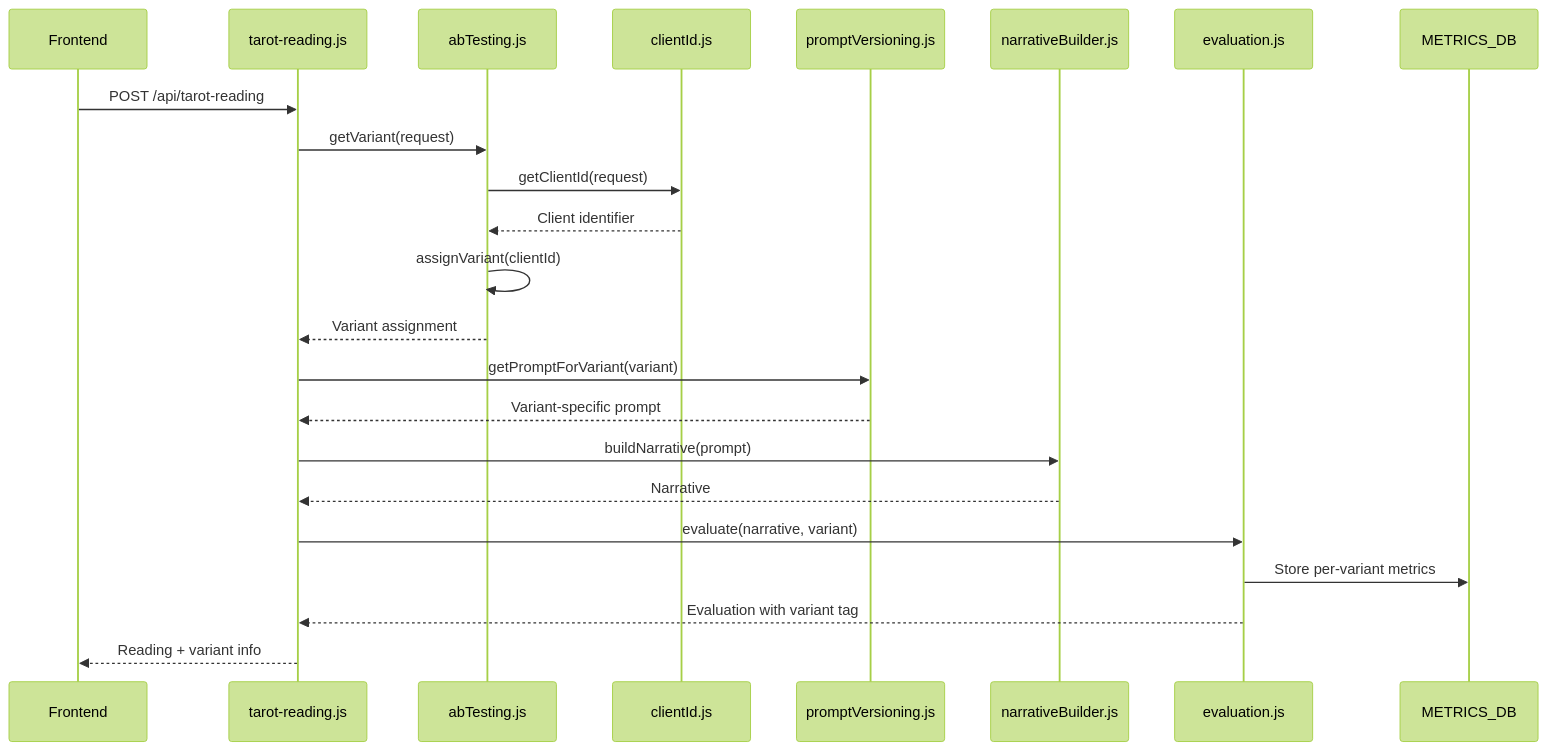
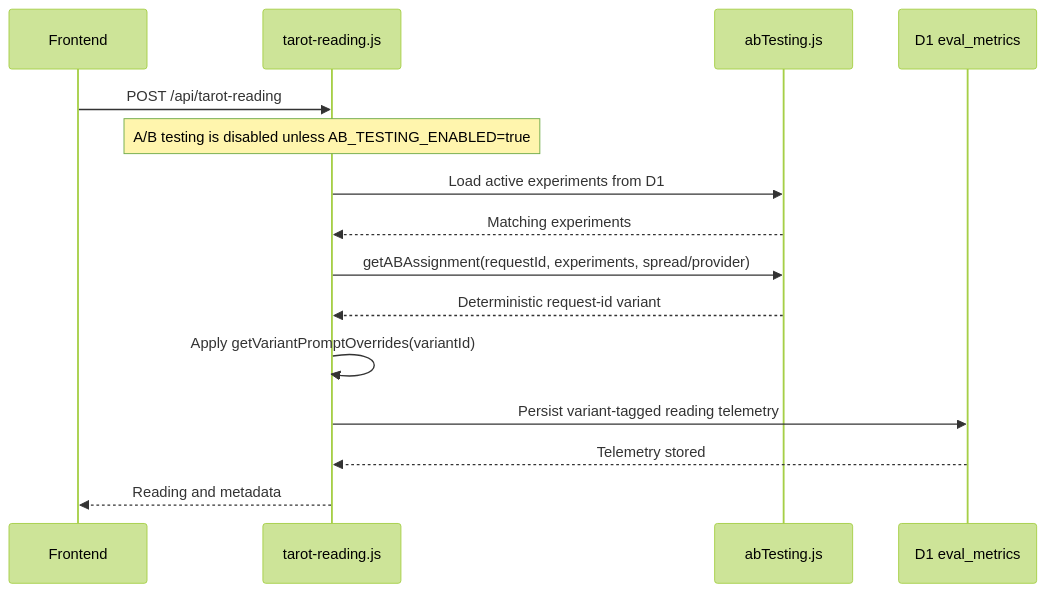
One commit to henryperkins/tarot changed diagram 12 of 17 in docs/architecture/full-system-diagrams.md. Above: the diagram before and after it, drawn with Mermaid (forest theme). The commit also changed other lines of this file and 54 other files, not shown here.

````diff
--- a/docs/architecture/full-system-diagrams.md
+++ b/docs/architecture/full-system-diagrams.md
@@ -589,26 +619,18 @@
 ```mermaid
 sequenceDiagram
     participant Frontend
     participant ReadingAPI as tarot-reading.js
     participant ABTesting as abTesting.js
-    participant ClientId as clientId.js
-    participant PromptVersioning as promptVersioning.js
-    participant NarrativeBuilder as narrativeBuilder.js
-    participant Evaluation as evaluation.js
-    participant KV_Metrics as METRICS_DB
+    participant D1 as D1 eval_metrics
 
     Frontend->>ReadingAPI: POST /api/tarot-reading
-    ReadingAPI->>ABTesting: getVariant(request)
-    ABTesting->>ClientId: getClientId(request)
-    ClientId-->>ABTesting: Client identifier
-    ABTesting->>ABTesting: assignVariant(clientId)
-    ABTesting-->>ReadingAPI: Variant assignment
-    ReadingAPI->>PromptVersioning: getPromptForVariant(variant)
-    PromptVersioning-->>ReadingAPI: Variant-specific prompt
-    ReadingAPI->>NarrativeBuilder: buildNarrative(prompt)
-    NarrativeBuilder-->>ReadingAPI: Narrative
-    ReadingAPI->>Evaluation: evaluate(narrative, variant)
-    Evaluation->>KV_Metrics: Store per-variant metrics
-    Evaluation-->>ReadingAPI: Evaluation with variant tag
-    ReadingAPI-->>Frontend: Reading + variant info
+    Note over ReadingAPI: A/B testing is disabled unless AB_TESTING_ENABLED=true
+    ReadingAPI->>ABTesting: Load active experiments from D1
+    ABTesting-->>ReadingAPI: Matching experiments
+    ReadingAPI->>ABTesting: getABAssignment(requestId, experiments, spread/provider)
+    ABTesting-->>ReadingAPI: Deterministic request-id variant
+    ReadingAPI->>ReadingAPI: Apply getVariantPromptOverrides(variantId)
+    ReadingAPI->>D1: Persist variant-tagged reading telemetry
+    D1-->>ReadingAPI: Telemetry stored
+    ReadingAPI-->>Frontend: Reading and metadata
 ```
````
